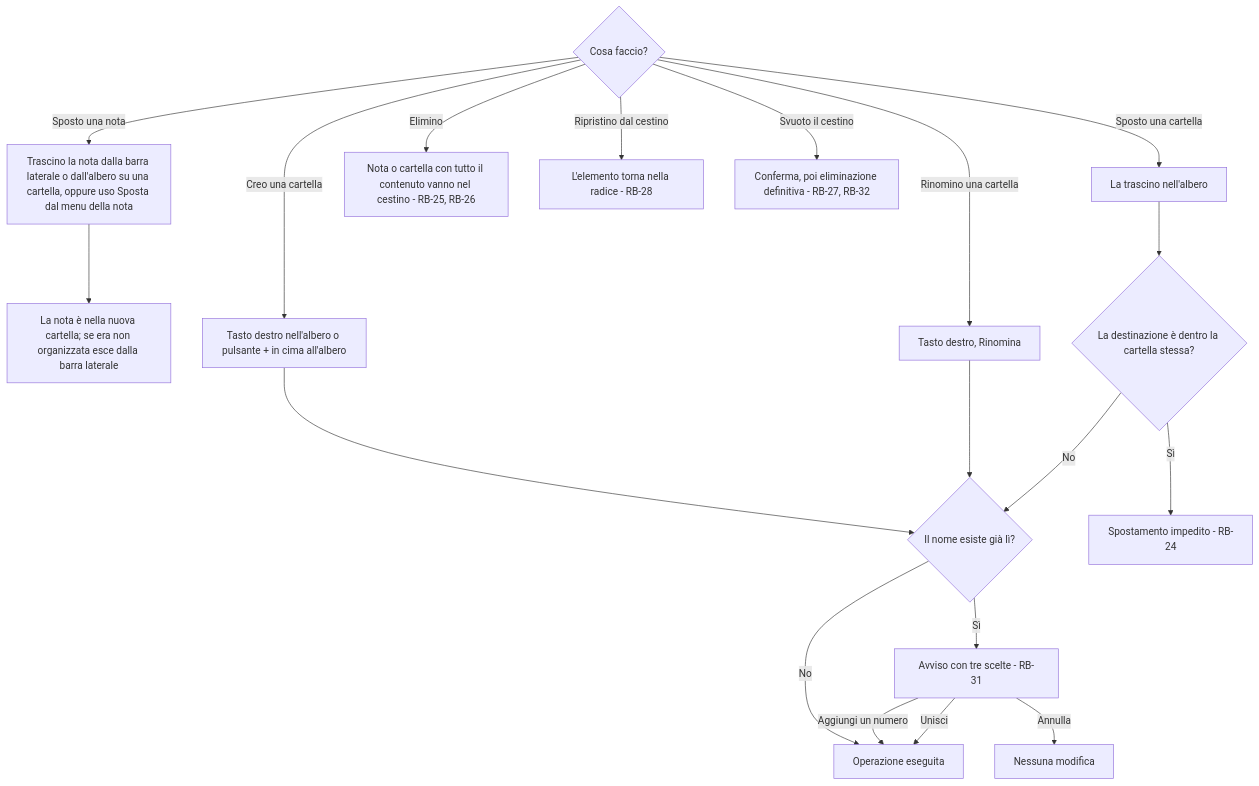
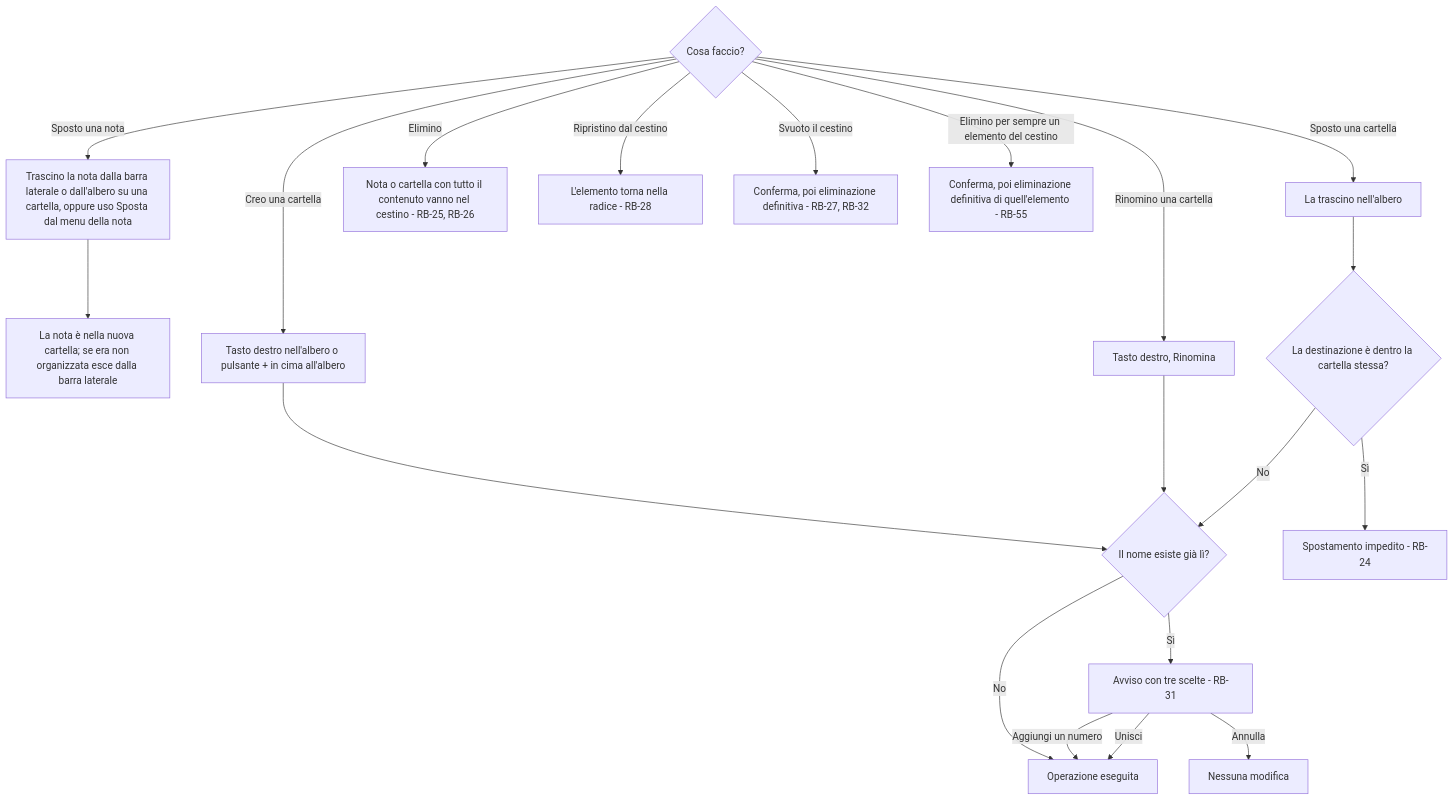
One commit to Helmutsti/MemoDu changed the first of 3 diagrams in docs/moduli/organizzazione/2-flussi.md. Above: the diagram before and after it, drawn with Mermaid. The commit also changed other lines of this file and 8 other files, not shown here.

First line of the commit message:
DEC-16 DEC-17 RB-55: avvisi scuri, eliminazione definitiva, menu dei filtri

````diff
--- a/docs/moduli/organizzazione/2-flussi.md
+++ b/docs/moduli/organizzazione/2-flussi.md
@@ -8,21 +8,22 @@
 ```mermaid
 flowchart TD
     A{Cosa faccio?} -- Sposto una nota --> B[Trascino la nota dalla barra laterale o dall'albero su una cartella, oppure uso Sposta dal menu della nota]
     B --> Z[La nota è nella nuova cartella; se era non organizzata esce dalla barra laterale]
     A -- Creo una cartella --> C[Tasto destro nell'albero o pulsante + in cima all'albero]
     C --> N{Il nome esiste già lì?}
     A -- Rinomino una cartella --> D[Tasto destro, Rinomina]
     D --> N
     A -- Sposto una cartella --> E[La trascino nell'albero]
     E --> F{La destinazione è dentro la cartella stessa?}
     F -- Sì --> G[Spostamento impedito - RB-24]
     F -- No --> N
     N -- No --> Y[Operazione eseguita]
     N -- Sì --> H[Avviso con tre scelte - RB-31]
     H -- Aggiungi un numero --> Y
     H -- Unisci --> Y
     H -- Annulla --> X[Nessuna modifica]
     A -- Elimino --> I[Nota o cartella con tutto il contenuto vanno nel cestino - RB-25, RB-26]
     A -- Ripristino dal cestino --> J[L'elemento torna nella radice - RB-28]
     A -- Svuoto il cestino --> K[Conferma, poi eliminazione definitiva - RB-27, RB-32]
+    A -- Elimino per sempre un elemento del cestino --> L[Conferma, poi eliminazione definitiva di quell'elemento - RB-55]
 ```
````
